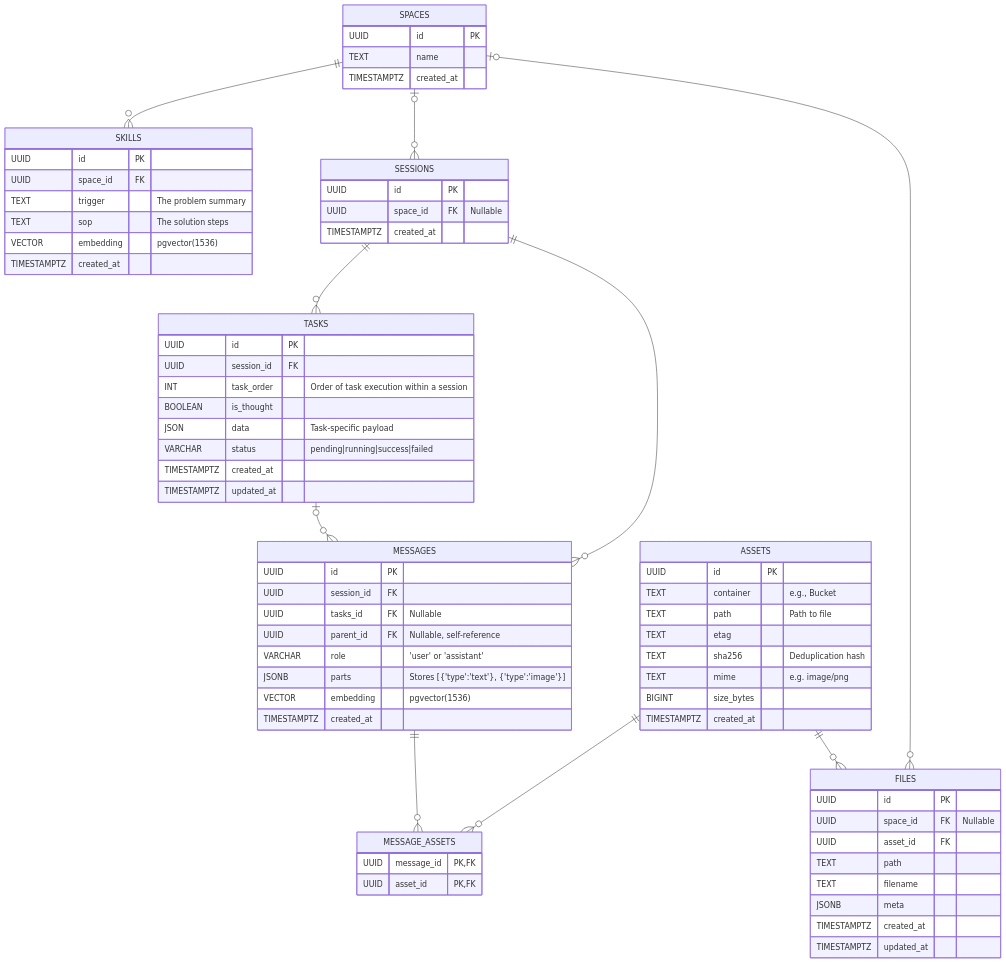
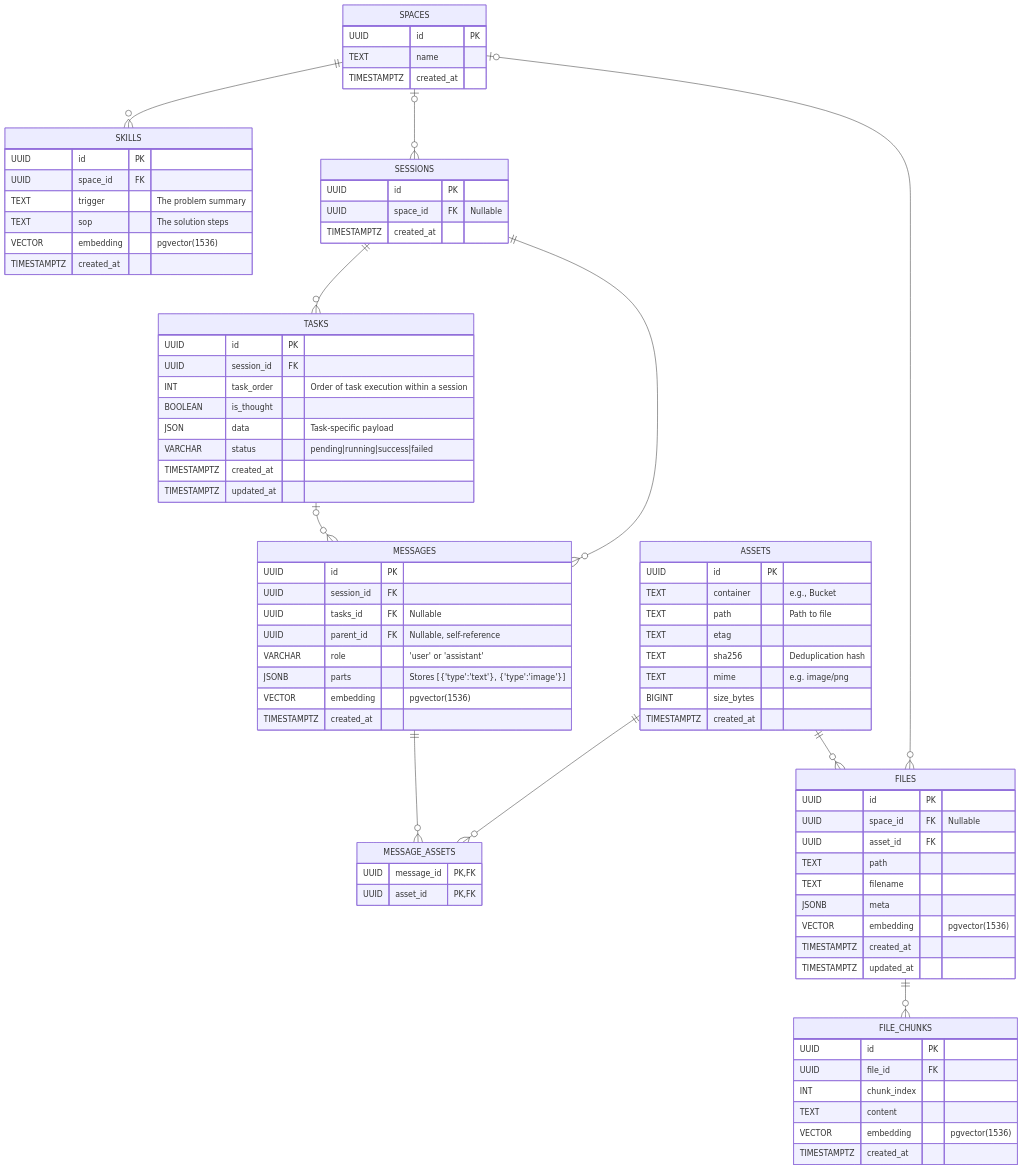
The second of 2 diagrams in README.md (w-h-a/gomento), drawn with Mermaid before and after one commit. The commit also changed 6 other files, not shown here.

````diff
--- a/README.md
+++ b/README.md
@@ -135,8 +135,18 @@
         TEXT path
         TEXT filename
         JSONB meta
+        VECTOR embedding "pgvector(1536)"
         TIMESTAMPTZ created_at
         TIMESTAMPTZ updated_at
+    }
+
+    FILE_CHUNKS {
+        UUID id PK
+        UUID file_id FK
+        INT chunk_index
+        TEXT content
+        VECTOR embedding "pgvector(1536)"
+        TIMESTAMPTZ created_at
     }
     
     SPACES ||--o{ SKILLS : ""
@@ -150,5 +160,6 @@
     MESSAGES ||--o{ MESSAGE_ASSETS : ""
     ASSETS ||--o{ MESSAGE_ASSETS : ""
 
+    FILES ||--o{ FILE_CHUNKS : ""
     ASSETS ||--o{ FILES : ""
 ```
````
